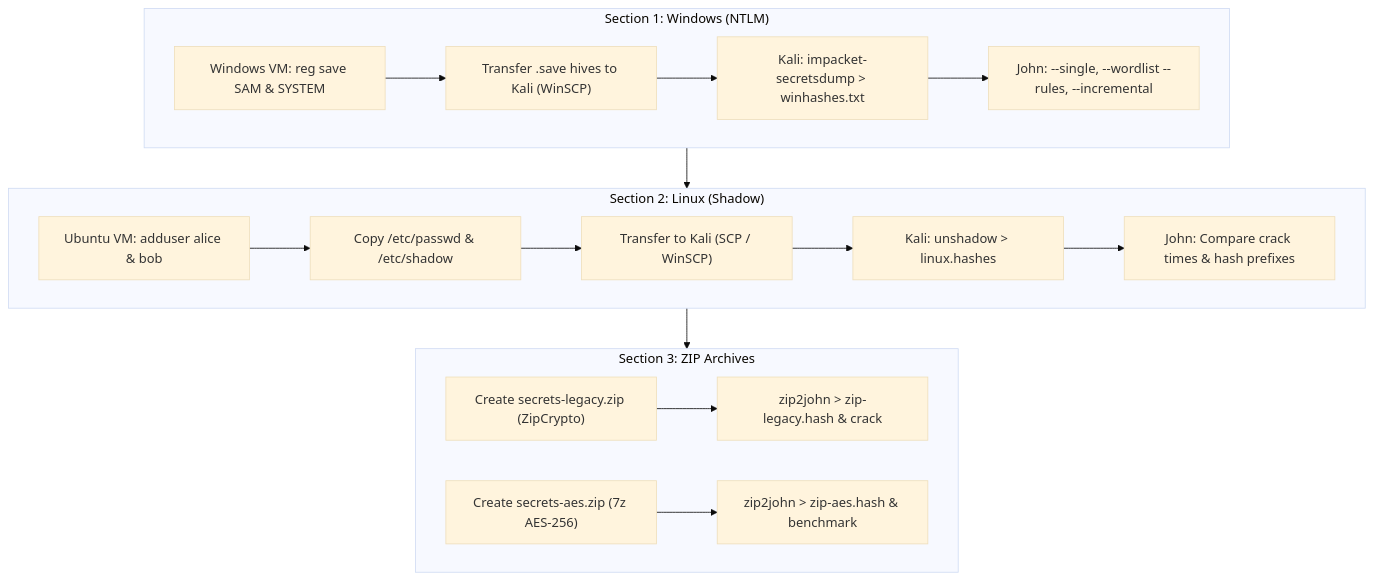
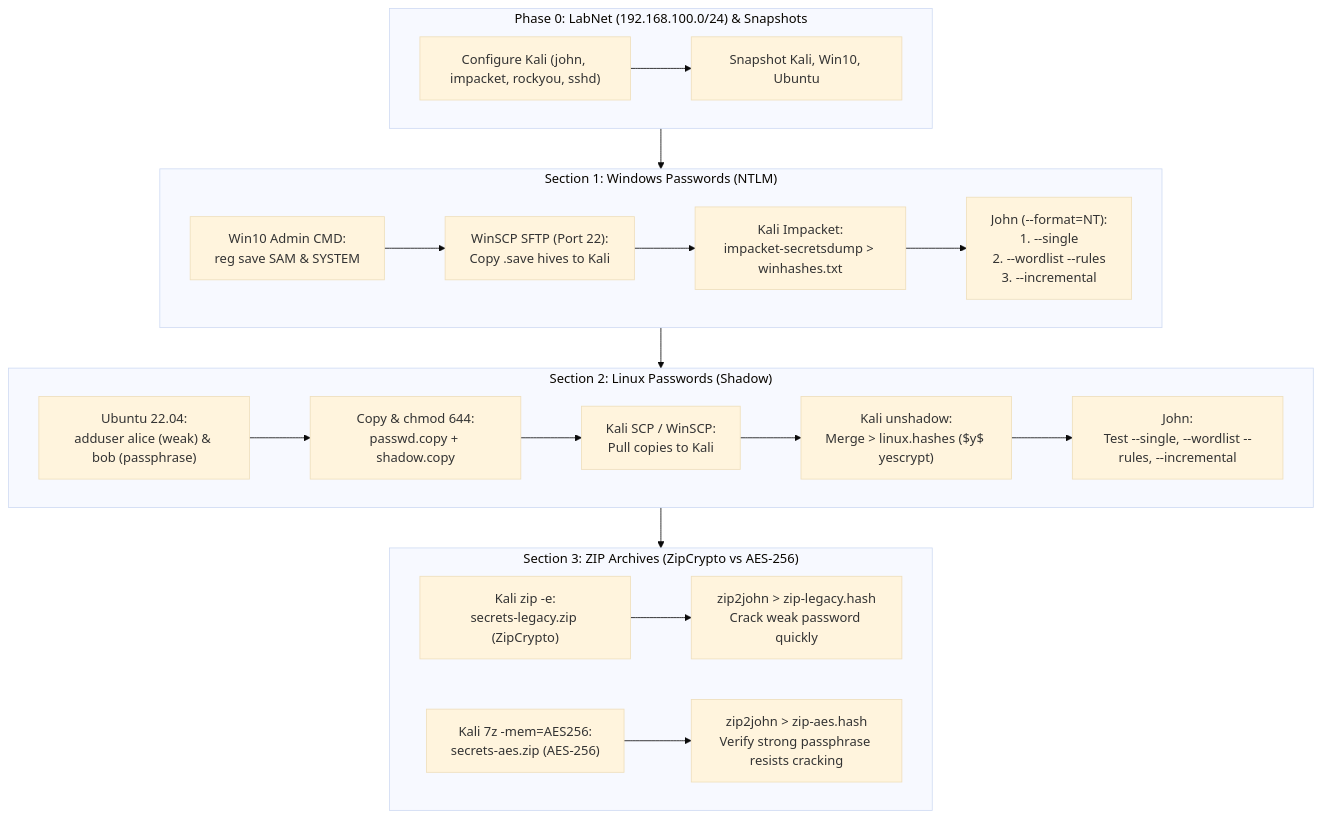
Before and after one commit to OFTGNOV/Computer-Security-Labs: the diagram in Labs/Lab2/README.md, drawn with Mermaid (base theme). The commit also changed other lines of this file and 5 other files, not shown here.

````diff
--- a/Labs/Lab2/README.md
+++ b/Labs/Lab2/README.md
@@ -43,23 +111,26 @@
 ```mermaid
 flowchart TD
-    subgraph Sec1["Section 1: Windows (NTLM)"]
-        W1["Windows VM: reg save SAM & SYSTEM"] --> W2["Transfer .save hives to Kali (WinSCP)"]
-        W2 --> W3["Kali: impacket-secretsdump > winhashes.txt"]
-        W3 --> W4["John: --single, --wordlist --rules, --incremental"]
+    subgraph Prep["Phase 0: LabNet (192.168.100.0/24) & Snapshots"]
+        P1["Configure Kali (john, impacket, rockyou, sshd)"] --> P2["Snapshot Kali, Win10, Ubuntu"]
     end
 
-    subgraph Sec2["Section 2: Linux (Shadow)"]
-        L1["Ubuntu VM: adduser alice & bob"] --> L2["Copy /etc/passwd & /etc/shadow"]
-        L2 --> L3["Transfer to Kali (SCP / WinSCP)"]
-        L3 --> L4["Kali: unshadow > linux.hashes"]
-        L4 --> L5["John: Compare crack times & hash prefixes"]
+    subgraph Sec1["Section 1: Windows Passwords (NTLM)"]
+        W1["Win10 Admin CMD:<br/>reg save SAM & SYSTEM"] --> W2["WinSCP SFTP (Port 22):<br/>Copy .save hives to Kali"]
+        W2 --> W3["Kali Impacket:<br/>impacket-secretsdump > winhashes.txt"]
+        W3 --> W4["John (--format=NT):<br/>1. --single<br/>2. --wordlist --rules<br/>3. --incremental"]
     end
 
-    subgraph Sec3["Section 3: ZIP Archives"]
-        Z1["Create secrets-legacy.zip (ZipCrypto)"] --> Z2["zip2john > zip-legacy.hash & crack"]
-        Z3["Create secrets-aes.zip (7z AES-256)"] --> Z4["zip2john > zip-aes.hash & benchmark"]
+    subgraph Sec2["Section 2: Linux Passwords (Shadow)"]
+        L1["Ubuntu 22.04:<br/>adduser alice (weak) & bob (passphrase)"] --> L2["Copy & chmod 644:<br/>passwd.copy + shadow.copy"]
+        L2 --> L3["Kali SCP / WinSCP:<br/>Pull copies to Kali"]
+        L3 --> L4["Kali unshadow:<br/>Merge > linux.hashes ($y$ yescrypt)"]
+        L4 --> L5["John:<br/>Test --single, --wordlist --rules, --incremental"]
     end
 
-    Sec1 --> Sec2
-    Sec2 --> Sec3
+    subgraph Sec3["Section 3: ZIP Archives (ZipCrypto vs AES-256)"]
+        Z1["Kali zip -e:<br/>secrets-legacy.zip (ZipCrypto)"] --> Z2["zip2john > zip-legacy.hash<br/>Crack weak password quickly"]
+        Z3["Kali 7z -mem=AES256:<br/>secrets-aes.zip (AES-256)"] --> Z4["zip2john > zip-aes.hash<br/>Verify strong passphrase resists cracking"]
+    end
+
+    Prep --> Sec1 --> Sec2 --> Sec3
 ```
````
